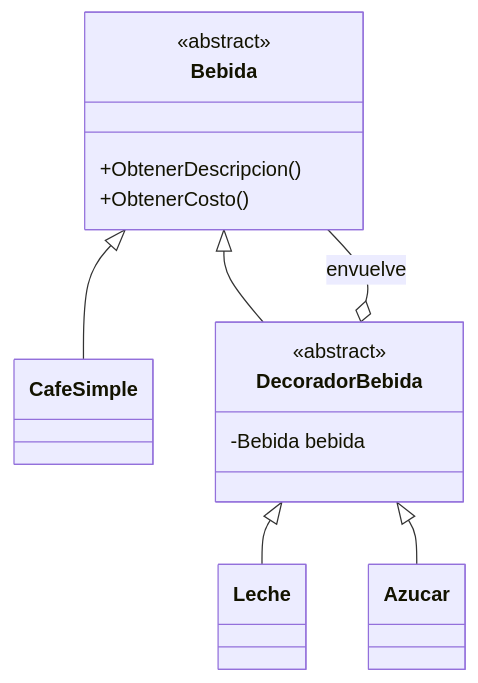
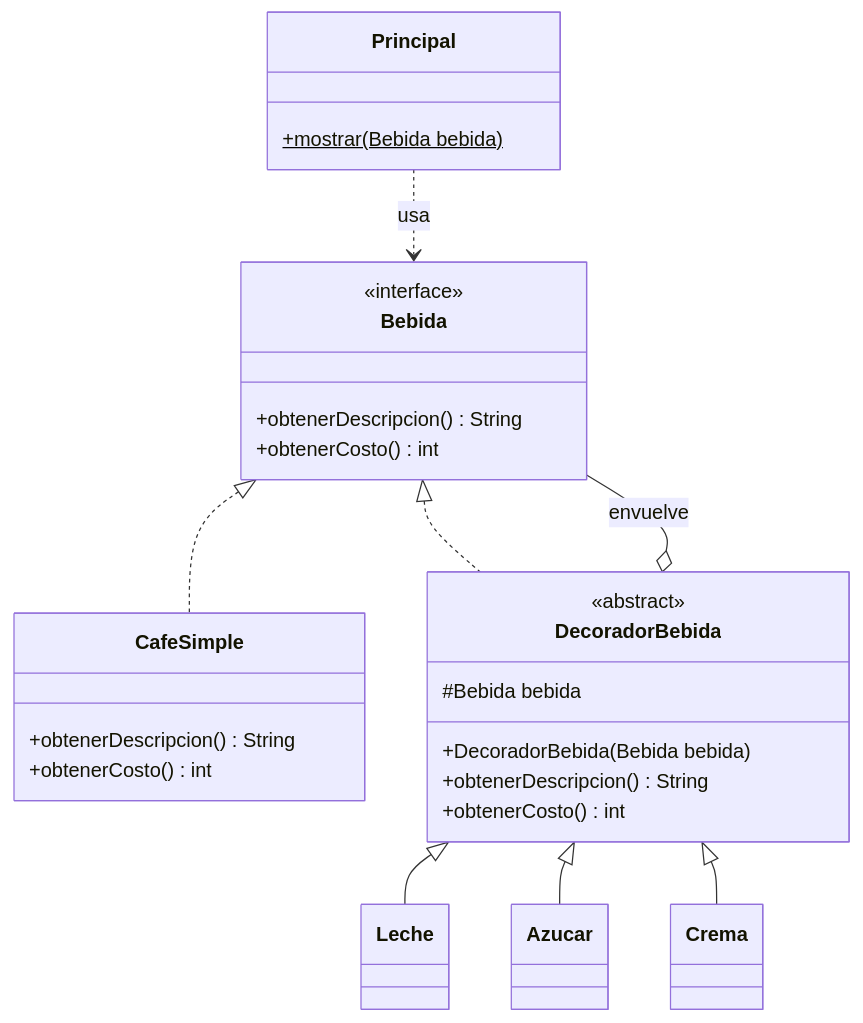
Before and after one commit to carevalomx69/DesignPatterns: the second of 2 diagrams in 05 - Decorator/README.md, drawn with Mermaid. The commit also changed other lines of this file and 16 other files, not shown here.

````diff
--- a/05 - Decorator/README.md
+++ b/05 - Decorator/README.md
@@ -19,20 +123,32 @@
 ```mermaid
 classDiagram
     class Bebida {
-        <<abstract>>
-        +ObtenerDescripcion()
-        +ObtenerCosto()
+        <<interface>>
+        +obtenerDescripcion() String
+        +obtenerCosto() int
     }
-    class CafeSimple
+    class CafeSimple {
+        +obtenerDescripcion() String
+        +obtenerCosto() int
+    }
     class DecoradorBebida {
         <<abstract>>
-        -Bebida bebida
+        #Bebida bebida
+        +DecoradorBebida(Bebida bebida)
+        +obtenerDescripcion() String
+        +obtenerCosto() int
     }
     class Leche
     class Azucar
-    Bebida <|-- CafeSimple
-    Bebida <|-- DecoradorBebida
+    class Crema
+    class Principal {
+        +mostrar(Bebida bebida)$
+    }
+    Bebida <|.. CafeSimple
+    Bebida <|.. DecoradorBebida
     DecoradorBebida <|-- Leche
     DecoradorBebida <|-- Azucar
+    DecoradorBebida <|-- Crema
     DecoradorBebida o-- Bebida : envuelve
+    Principal ..> Bebida : usa
 ```
````
